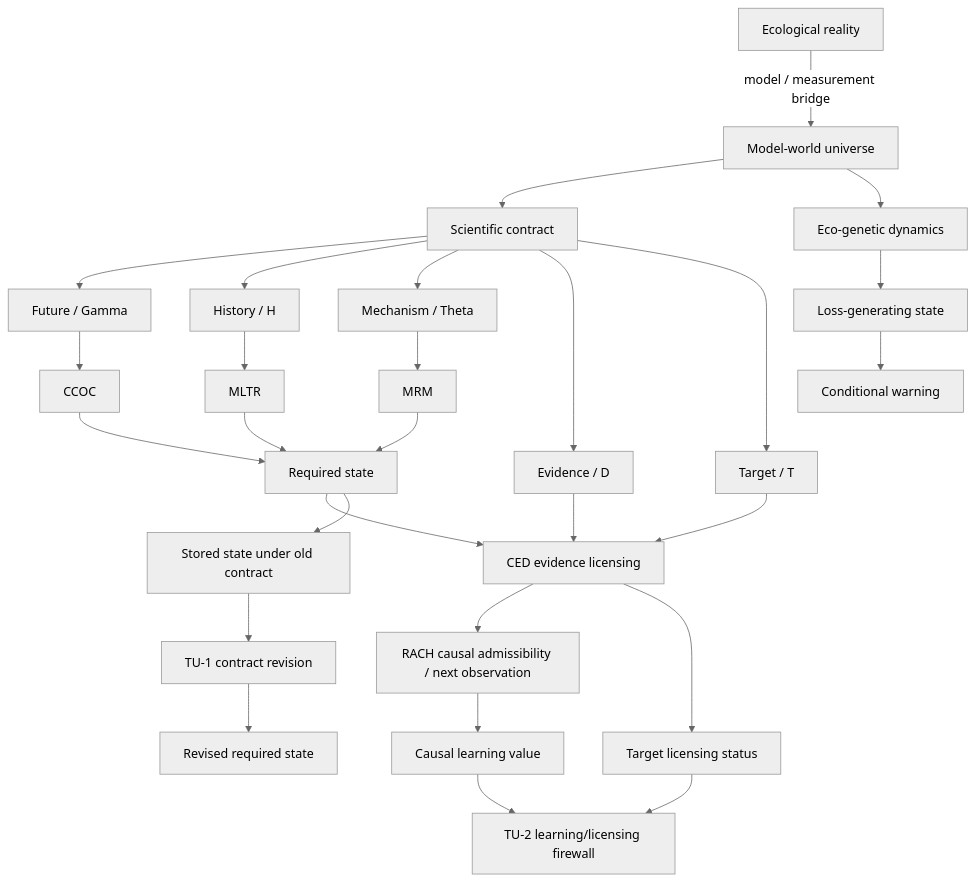
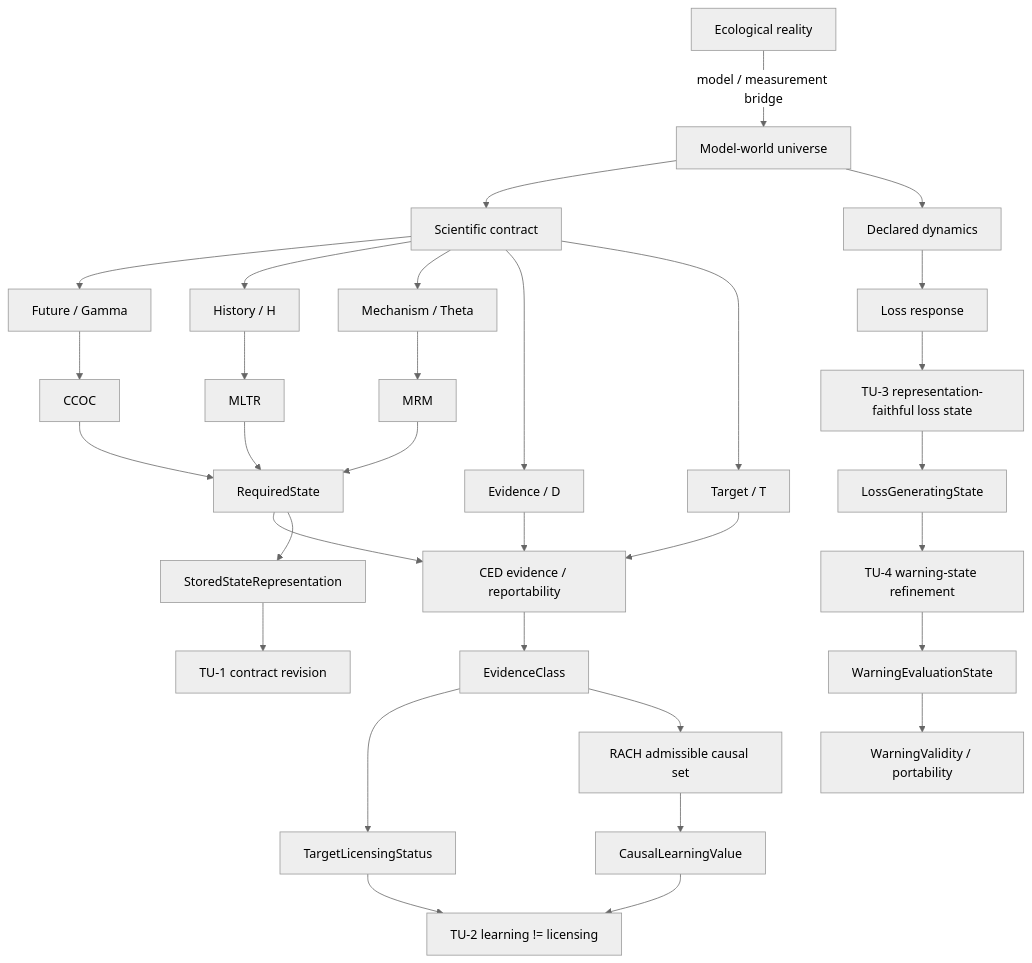
The diagram in README.md (zuizui0223/theouni), drawn with Mermaid (neutral theme) before and after one commit. The commit also changed other lines of this file, not shown here.

````diff
--- a/README.md
+++ b/README.md
@@ -26,36 +28,39 @@
 ```mermaid
 flowchart TD
     R[Ecological reality] -->|model / measurement bridge| W[Model-world universe]
     W --> C[Scientific contract]
+
     C --> G[Future / Gamma]
     C --> H[History / H]
     C --> M[Mechanism / Theta]
     C --> D[Evidence / D]
     C --> T[Target / T]
 
     G --> CCOC[CCOC]
     H --> MLTR[MLTR]
     M --> MRM[MRM]
-    CCOC --> J[Required state]
+    CCOC --> J[RequiredState]
     MLTR --> J
     MRM --> J
 
-    J --> CED[CED evidence licensing]
+    J --> CED[CED evidence / reportability]
     D --> CED
     T --> CED
+    CED --> E[EvidenceClass]
+    E --> LIC[TargetLicensingStatus]
+    E --> RACH[RACH admissible causal set]
+    RACH --> LEARN[CausalLearningValue]
+    LEARN --> TU2[TU-2 learning != licensing]
+    LIC --> TU2
 
-    CED --> RACH[RACH causal admissibility / next observation]
-    RACH --> LV[Causal learning value]
-    CED --> TL[Target licensing status]
+    J --> STORE[StoredStateRepresentation]
+    STORE --> TU1[TU-1 contract revision]
 
-    W --> DYN[Eco-genetic dynamics]
-    DYN --> LS[Loss-generating state]
-    LS --> WARN[Conditional warning]
-
-    J --> OLD[Stored state under old contract]
-    OLD --> REV[TU-1 contract revision]
-    REV --> NEW[Revised required state]
-
-    LV --> SEP[TU-2 learning/licensing firewall]
-    TL --> SEP
+    W --> DYN[Declared dynamics]
+    DYN --> LR[Loss response]
+    LR --> TU3[TU-3 representation-faithful loss state]
+    TU3 --> LS[LossGeneratingState]
+    LS --> TU4[TU-4 warning-state refinement]
+    TU4 --> WS[WarningEvaluationState]
+    WS --> WV[WarningValidity / portability]
 ```
````
